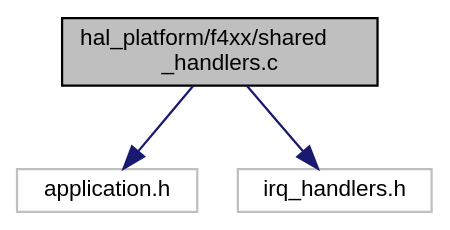
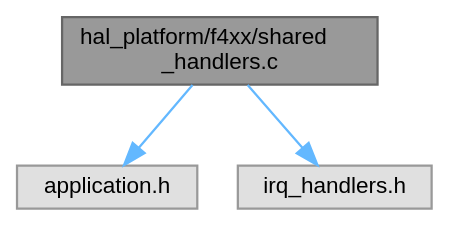
Before and after one commit to ebs-universe/piolib-hal-uc-stm32: the diagram in f4xx_2shared__handlers_8c__incl.dot, drawn with Graphviz. The commit also changed 1546 other files, not shown here.

```diff
--- a/f4xx_2shared__handlers_8c__incl.dot
+++ b/f4xx_2shared__handlers_8c__incl.dot
@@ -1,13 +1,13 @@
 digraph "hal_platform/f4xx/shared_handlers.c"
 {
  // INTERACTIVE_SVG=YES
  // LATEX_PDF_SIZE
   bgcolor="transparent";
-  edge [fontname="Helvetica",fontsize="10",labelfontname="Helvetica",labelfontsize="10"];
-  node [fontname="Helvetica",fontsize="10",shape=record];
-  Node1 [label="hal_platform/f4xx/shared\l_handlers.c",height=0.2,width=0.4,color="black", fillcolor="grey75", style="filled", fontcolor="black",tooltip=" "];
-  Node1 -> Node2 [color="midnightblue",fontsize="10",style="solid",fontname="Helvetica"];
-  Node2 [label="application.h",height=0.2,width=0.4,color="grey75",tooltip=" "];
-  Node1 -> Node3 [color="midnightblue",fontsize="10",style="solid",fontname="Helvetica"];
-  Node3 [label="irq_handlers.h",height=0.2,width=0.4,color="grey75",tooltip=" "];
+  edge [fontname=Helvetica,fontsize=10,labelfontname=Helvetica,labelfontsize=10];
+  node [fontname=Helvetica,fontsize=10,shape=box,height=0.2,width=0.4];
+  Node1 [id="Node000001",label="hal_platform/f4xx/shared\l_handlers.c",height=0.2,width=0.4,color="gray40", fillcolor="grey60", style="filled", fontcolor="black",tooltip=" "];
+  Node1 -> Node2 [id="edge1_Node000001_Node000002",color="steelblue1",style="solid",tooltip=" "];
+  Node2 [id="Node000002",label="application.h",height=0.2,width=0.4,color="grey60", fillcolor="#E0E0E0", style="filled",tooltip=" "];
+  Node1 -> Node3 [id="edge2_Node000001_Node000003",color="steelblue1",style="solid",tooltip=" "];
+  Node3 [id="Node000003",label="irq_handlers.h",height=0.2,width=0.4,color="grey60", fillcolor="#E0E0E0", style="filled",tooltip=" "];
 }
```
